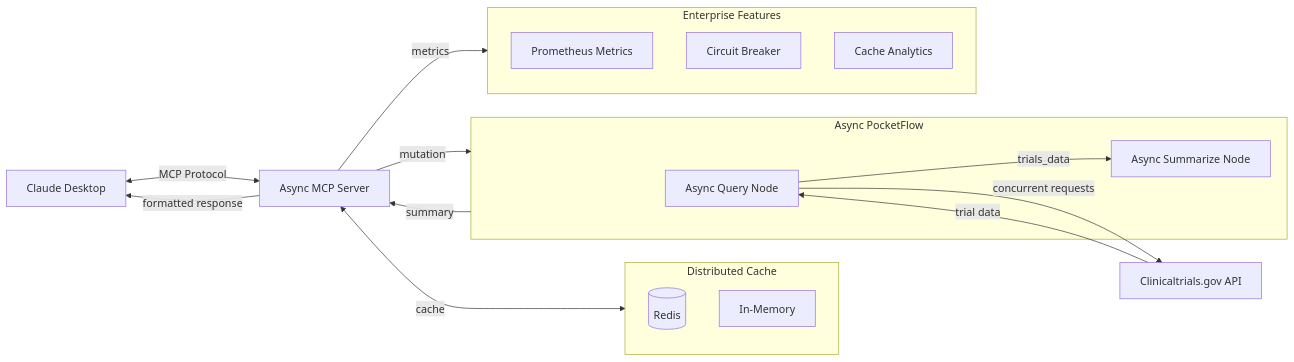
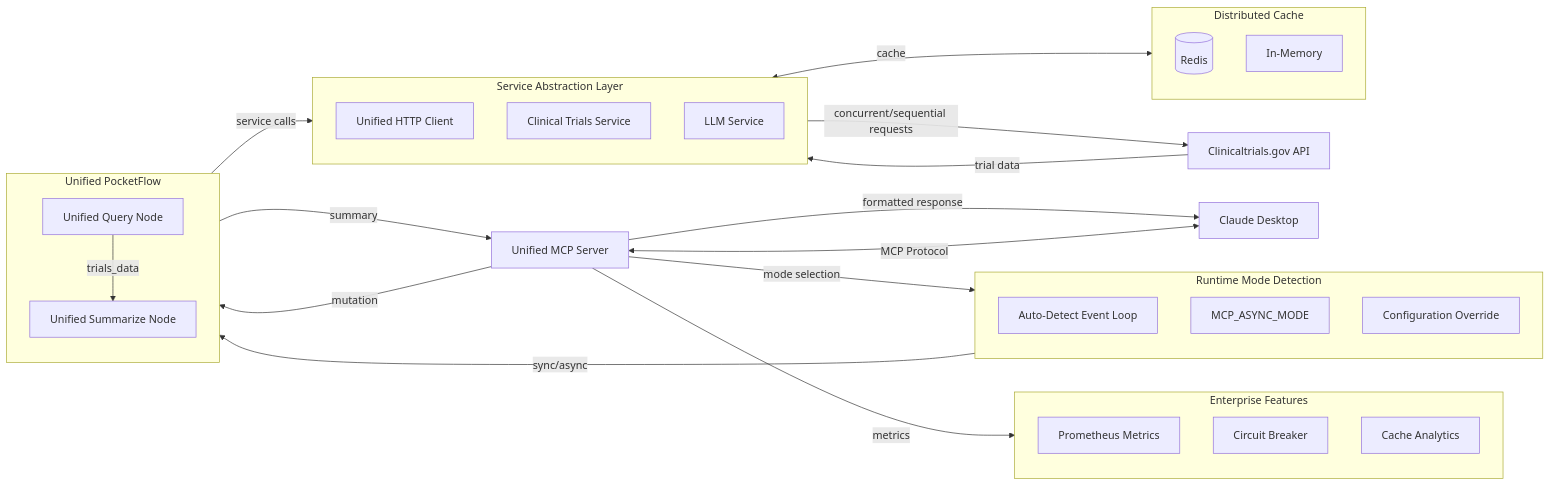
One commit to pickleton89/mutation-clinical-trial-matching-mcp changed the diagram in README.md. Above: the diagram before and after it, drawn with Mermaid. The commit also changed other lines of this file, not shown here.

First line of the commit message:
docs: update README to reflect unified architecture and code deduplication achievement

````diff
--- a/README.md
+++ b/README.md
@@ -40,27 +44,42 @@
 ```mermaid
 flowchart LR
-    Claude[Claude Desktop] <-->|MCP Protocol| Server[Async MCP Server]
+    Claude[Claude Desktop] <-->|MCP Protocol| Server[Unified MCP Server]
+    
+    subgraph Detection[Runtime Mode Detection]
+        Auto[Auto-Detect Event Loop]
+        Env[MCP_ASYNC_MODE]
+        Config[Configuration Override]
+    end
     
     subgraph Cache[Distributed Cache]
         Redis[(Redis)]
         Memory[In-Memory]
     end
     
-    subgraph Flow[Async PocketFlow]
-        QueryNode[Async Query Node] -->|trials_data| SummarizeNode[Async Summarize Node]
+    subgraph Flow[Unified PocketFlow]
+        QueryNode[Unified Query Node] -->|trials_data| SummarizeNode[Unified Summarize Node]
+    end
+    
+    subgraph Services[Service Abstraction Layer]
+        HttpClient[Unified HTTP Client]
+        TrialsService[Clinical Trials Service]
+        LLMService[LLM Service]
     end
     
     subgraph Monitoring[Enterprise Features]
         Metrics[Prometheus Metrics]
         Circuit[Circuit Breaker]
         Analytics[Cache Analytics]
     end
     
+    Server -->|mode selection| Detection
+    Detection -->|sync/async| Flow
     Server -->|mutation| Flow
-    Server <-->|cache| Cache
-    QueryNode -->|concurrent requests| API[Clinicaltrials.gov API]
-    API -->|trial data| QueryNode
+    Flow -->|service calls| Services
+    Services <-->|cache| Cache
+    Services -->|concurrent/sequential requests| API[Clinicaltrials.gov API]
+    API -->|trial data| Services
     Flow -->|summary| Server
     Server -->|metrics| Monitoring
     Server -->|formatted response| Claude
 ```
````
